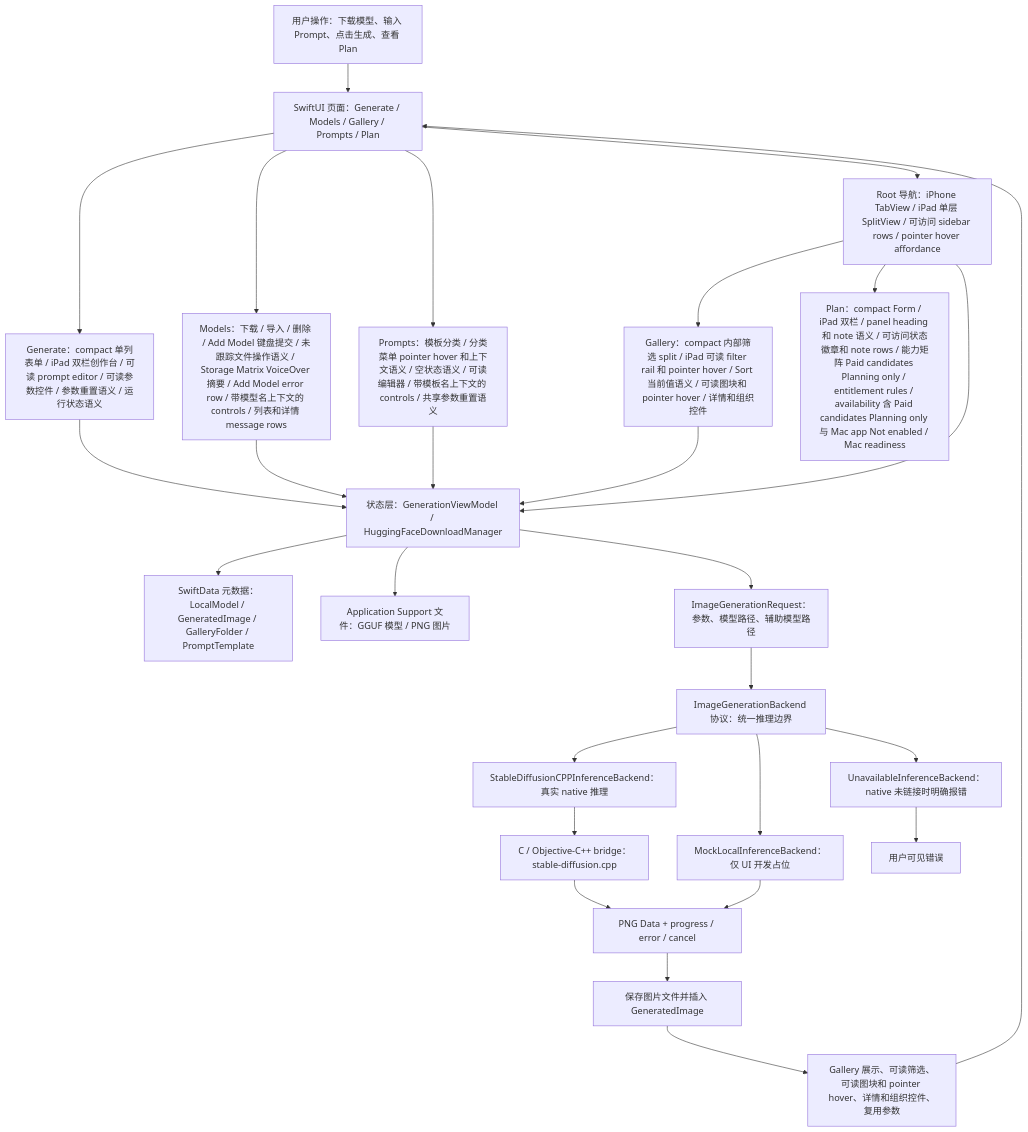
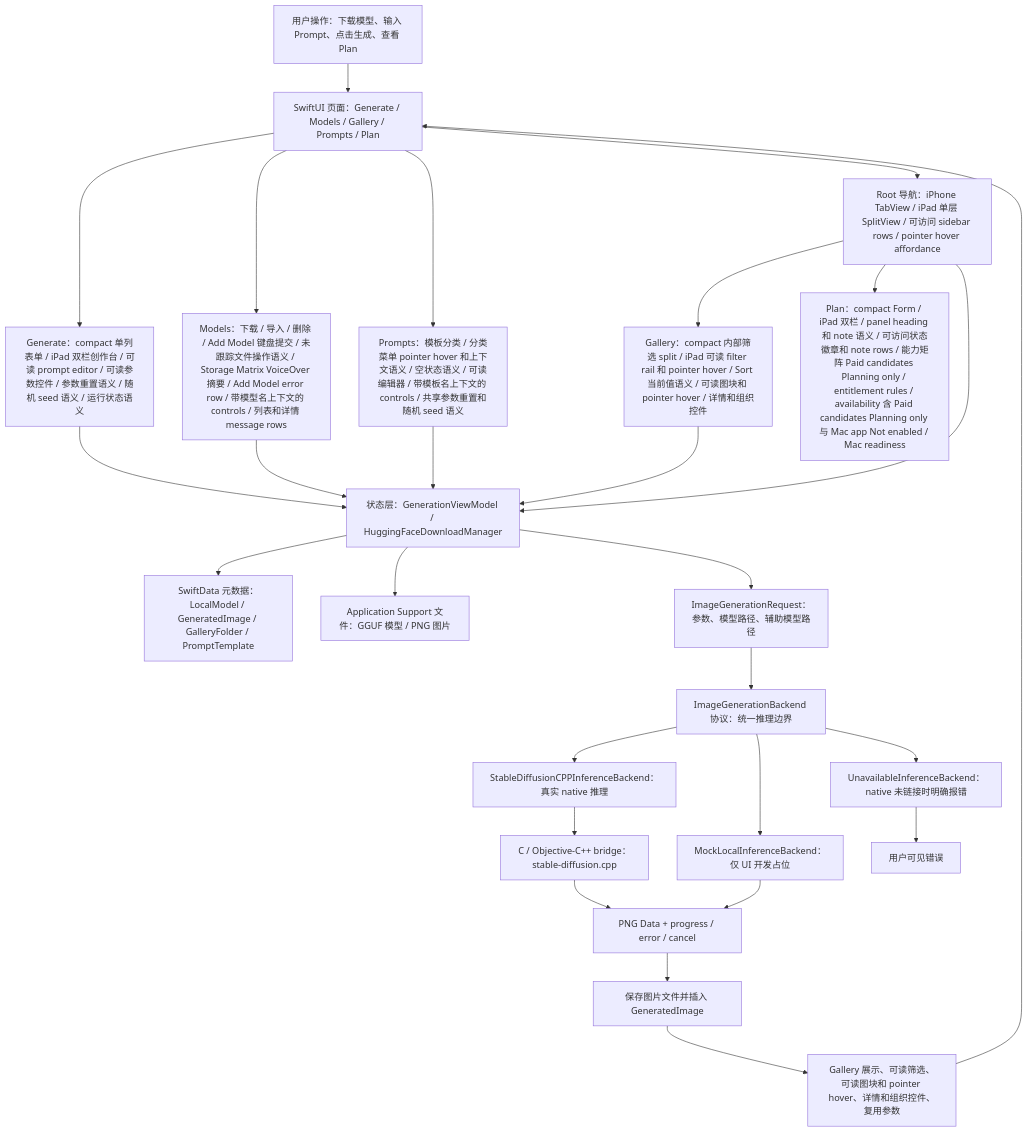
One commit to Altman-sam114/118 changed the first of 7 diagrams in md/flow/flowchart.md. Above: the diagram before and after it, drawn with Mermaid. The commit also changed 5 other files, not shown here.

````diff
--- a/md/flow/flowchart.md
+++ b/md/flow/flowchart.md
@@ -9,29 +9,29 @@
 ```mermaid
 flowchart TD
   U["用户操作：下载模型、输入 Prompt、点击生成、查看 Plan"] --> UI["SwiftUI 页面：Generate / Models / Gallery / Prompts / Plan"]
-  UI --> GENUI["Generate：compact 单列表单 / iPad 双栏创作台 / 可读 prompt editor / 可读参数控件 / 参数重置语义 / 运行状态语义"]
+  UI --> GENUI["Generate：compact 单列表单 / iPad 双栏创作台 / 可读 prompt editor / 可读参数控件 / 参数重置语义 / 随机 seed 语义 / 运行状态语义"]
   UI --> MODELUI["Models：下载 / 导入 / 删除 / Add Model 键盘提交 / 未跟踪文件操作语义 / Storage Matrix VoiceOver 摘要 / Add Model error row / 带模型名上下文的 controls / 列表和详情 message rows"]
-  UI --> PROMPTUI["Prompts：模板分类 / 分类菜单 pointer hover 和上下文语义 / 空状态语义 / 可读编辑器 / 带模板名上下文的 controls / 共享参数重置语义"]
+  UI --> PROMPTUI["Prompts：模板分类 / 分类菜单 pointer hover 和上下文语义 / 空状态语义 / 可读编辑器 / 带模板名上下文的 controls / 共享参数重置和随机 seed 语义"]
   UI --> NAV["Root 导航：iPhone TabView / iPad 单层 SplitView / 可访问 sidebar rows / pointer hover affordance"]
   NAV --> GALUI["Gallery：compact 内部筛选 split / iPad 可读 filter rail 和 pointer hover / Sort 当前值语义 / 可读图块和 pointer hover / 详情和组织控件"]
   NAV --> PLANUI["Plan：compact Form / iPad 双栏 / panel heading 和 note 语义 / 可访问状态徽章和 note rows / 能力矩阵 Paid candidates Planning only / entitlement rules / availability 含 Paid candidates Planning only 与 Mac app Not enabled / Mac readiness"]
   NAV --> VM["状态层：GenerationViewModel / HuggingFaceDownloadManager"]
   GENUI --> VM
   MODELUI --> VM
   PROMPTUI --> VM
   GALUI --> VM
   VM --> SD["SwiftData 元数据：LocalModel / GeneratedImage / GalleryFolder / PromptTemplate"]
   VM --> FS["Application Support 文件：GGUF 模型 / PNG 图片"]
   VM --> REQ["ImageGenerationRequest：参数、模型路径、辅助模型路径"]
   REQ --> IFACE["ImageGenerationBackend 协议：统一推理边界"]
   IFACE --> NATIVE["StableDiffusionCPPInferenceBackend：真实 native 推理"]
   IFACE --> MOCK["MockLocalInferenceBackend：仅 UI 开发占位"]
   IFACE --> OFF["UnavailableInferenceBackend：native 未链接时明确报错"]
   NATIVE --> BRIDGE["C / Objective-C++ bridge：stable-diffusion.cpp"]
   BRIDGE --> PNG["PNG Data + progress / error / cancel"]
   MOCK --> PNG
   OFF --> ERR["用户可见错误"]
   PNG --> SAVE["保存图片文件并插入 GeneratedImage"]
   SAVE --> GALLERY["Gallery 展示、可读筛选、可读图块和 pointer hover、详情和组织控件、复用参数"]
   GALLERY --> UI
 ```
````
